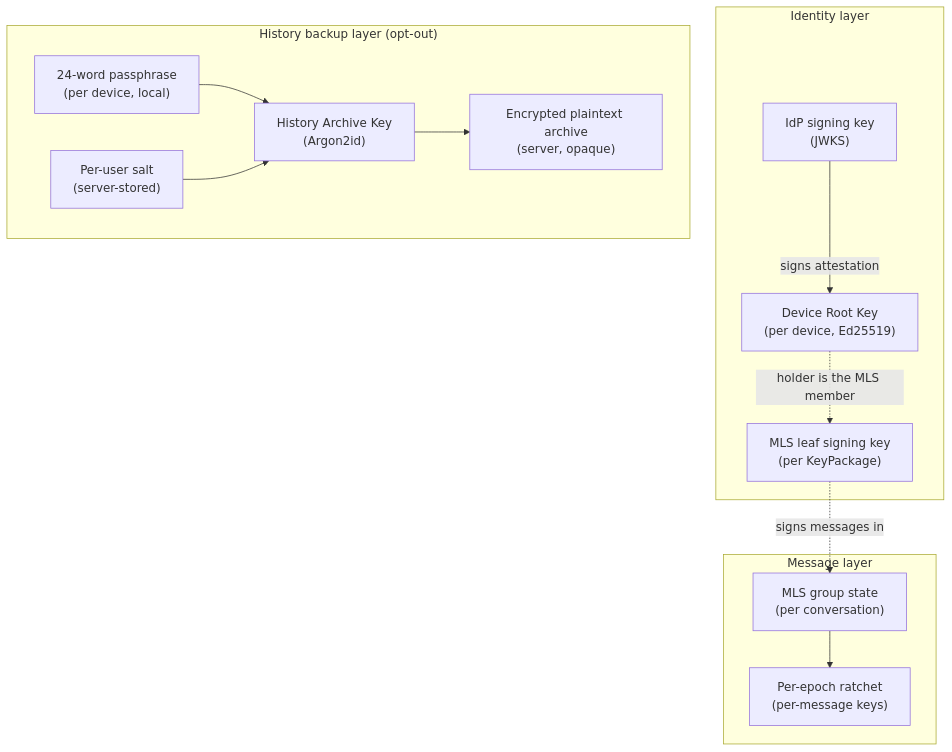
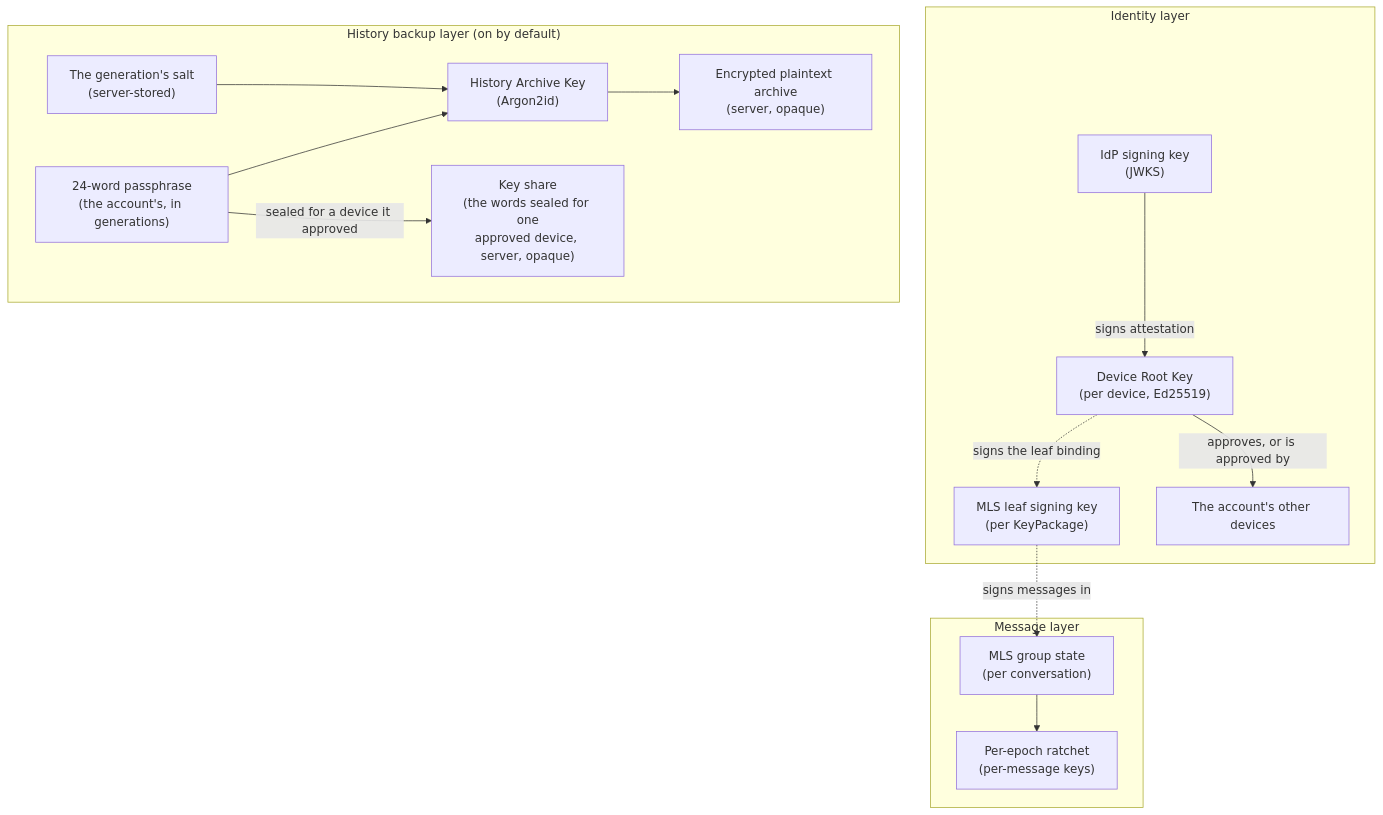
Before and after one commit to Pina-i/pinai: the first of 21 diagrams in identity-provider/specs/e2ee.md, drawn with Mermaid. The commit also changed other lines of this file and 134 other files, not shown here.

First line of the commit message:
feat(idp): approved devices and a shared history passphrase (#10)

````diff
--- a/identity-provider/specs/e2ee.md
+++ b/identity-provider/specs/e2ee.md
@@ -35,25 +46,29 @@
 ```mermaid
 flowchart TB
     subgraph identity ["Identity layer"]
         IdP["IdP signing key<br/>(JWKS)"]
         DRK["Device Root Key<br/>(per device, Ed25519)"]
         Leaf["MLS leaf signing key<br/>(per KeyPackage)"]
+        Others["The account's other devices"]
         IdP -->|signs attestation| DRK
-        DRK -.->|holder is the MLS member| Leaf
+        DRK -.->|signs the leaf binding| Leaf
+        DRK -->|approves, or is approved by| Others
     end
     subgraph message ["Message layer"]
         MLS["MLS group state<br/>(per conversation)"]
         Ratchet["Per-epoch ratchet<br/>(per-message keys)"]
         MLS --> Ratchet
     end
-    subgraph history ["History backup layer (opt-out)"]
-        Pass["24-word passphrase<br/>(per device, local)"]
-        Salt["Per-user salt<br/>(server-stored)"]
+    subgraph history ["History backup layer (on by default)"]
+        Pass["24-word passphrase<br/>(the account's, in generations)"]
+        Salt["The generation's salt<br/>(server-stored)"]
         HAK["History Archive Key<br/>(Argon2id)"]
         Archive["Encrypted plaintext archive<br/>(server, opaque)"]
+        Share["Key share<br/>(the words sealed for one<br/>approved device, server, opaque)"]
         Pass --> HAK
         Salt --> HAK
         HAK --> Archive
+        Pass -->|sealed for a device it approved| Share
     end
     Leaf -.->|signs messages in| MLS
 ```
````
